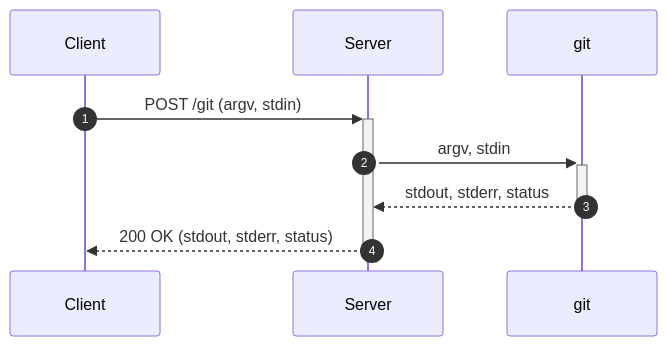
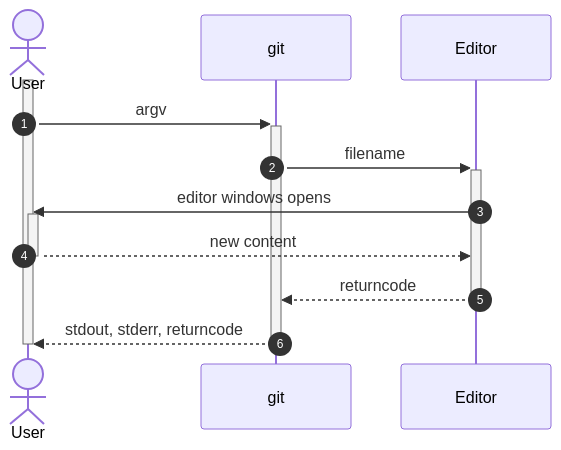
One commit to CR1337/git-educational-game-backend changed the second of 6 diagrams in doc/git-communication.md. Above: the diagram before and after it, drawn with Mermaid. The commit also changed other lines of this file and 4 other files, not shown here.

Commit message:
cleanup & diagrams

````diff
--- a/doc/git-communication.md
+++ b/doc/git-communication.md
@@ -18,15 +23,18 @@
 ```mermaid
 sequenceDiagram
     autonumber
-    participant Client
-    participant Server
+    actor User
     participant git
-    
-    Client ->>+ Server: POST /git (argv, stdin)
+    participant Editor
 
-        Server ->>+ git: argv, stdin
+    activate User
 
-        git -->>- Server: stdout, stderr, status
+    User ->>+ git: argv
+        git ->>+ Editor: filename
+            Editor ->>+ User: editor windows opens
+            User -->>- Editor: new content
+        Editor -->>- git: returncode
+    git -->>- User: stdout, stderr, returncode
 
-    Server -->>- Client: 200 OK (stdout, stderr, status)
+    deactivate User
 ```
````
